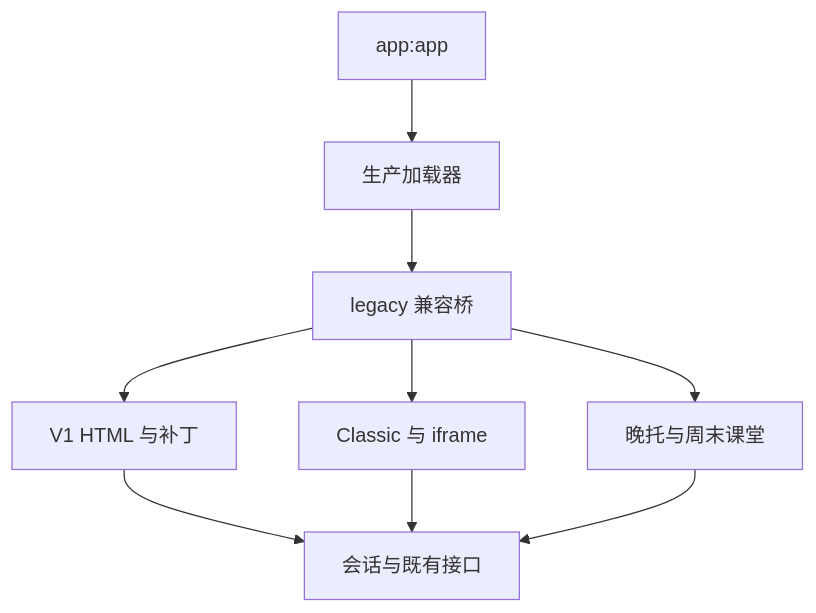
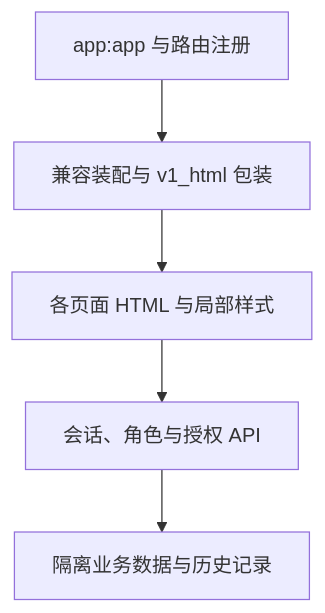
Before and after one commit to liveeon8635-crypto/-primary-school-quiz-v7: the diagram in docs/ui-ux/DEPENDENCY_MAP.md, drawn with Mermaid. The commit also changed other lines of this file and 2 other files, not shown here.

````diff
--- a/docs/ui-ux/DEPENDENCY_MAP.md
+++ b/docs/ui-ux/DEPENDENCY_MAP.md
@@ -3,11 +5,7 @@
 ```mermaid
 flowchart TD
-  A["app:app"] --> B["生产加载器"]
-  B --> C["legacy 兼容桥"]
-  C --> D["V1 HTML 与补丁"]
-  C --> E["Classic 与 iframe"]
-  C --> F["晚托与周末课堂"]
-  D --> G["会话与既有接口"]
-  E --> G
-  F --> G
+  A["app:app 与路由注册"] --> B["兼容装配与 v1_html 包装"]
+  B --> C["各页面 HTML 与局部样式"]
+  C --> D["会话、角色与授权 API"]
+  D --> E["隔离业务数据与历史记录"]
 ```
````
